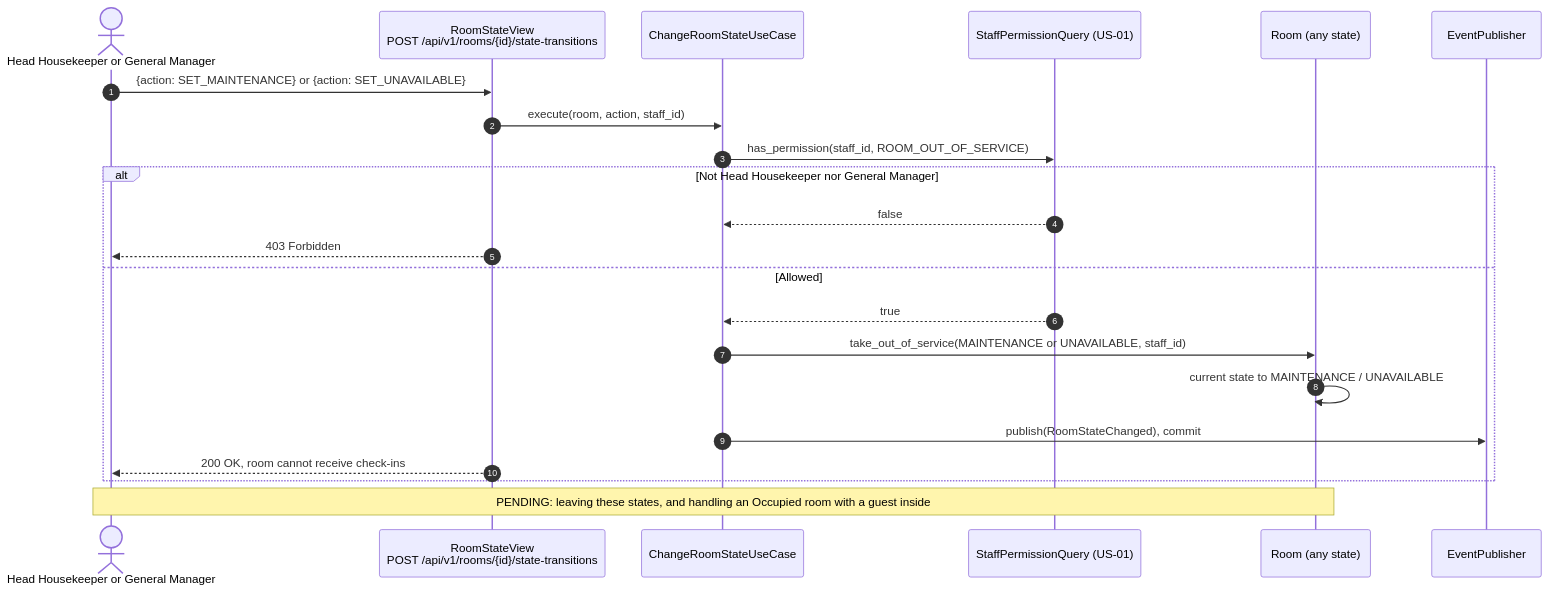
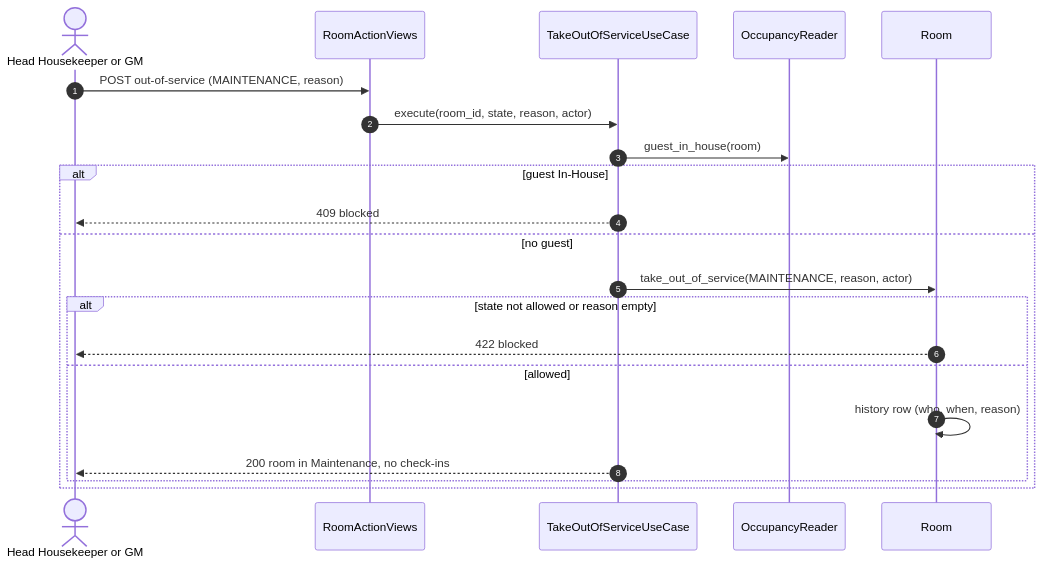
Before and after one commit to BraceroInSabot/Motel-Starmie: the fourth of 4 diagrams in docs/Initial Requirements/Diagrams/US-19 - Room State Machine and Cleaning Verification.md, drawn with Mermaid. The commit also changed other lines of this file and 51 other files, not shown here.

````diff
--- a/docs/Initial Requirements/Diagrams/US-19 - Room State Machine and Cleaning Verification.md
+++ b/docs/Initial Requirements/Diagrams/US-19 - Room State Machine and Cleaning Verification.md
@@ -361,25 +202,24 @@
 ```mermaid
 sequenceDiagram
     autonumber
-    actor Who as Head Housekeeper or General Manager
-    participant View as RoomStateView<br/>POST /api/v1/rooms/{id}/state-transitions
-    participant UC as ChangeRoomStateUseCase
-    participant Perm as StaffPermissionQuery (US-01)
-    participant Room as Room (any state)
-    participant Bus as EventPublisher
+    actor HH as Head Housekeeper or GM
+    participant View as RoomActionViews
+    participant UC as TakeOutOfServiceUseCase
+    participant Occ as OccupancyReader
+    participant Room
 
-    Who->>View: {action: SET_MAINTENANCE} or {action: SET_UNAVAILABLE}
-    View->>UC: execute(room, action, staff_id)
-    UC->>Perm: has_permission(staff_id, ROOM_OUT_OF_SERVICE)
-    alt Not Head Housekeeper nor General Manager
-        Perm-->>UC: false
-        View-->>Who: 403 Forbidden
-    else Allowed
-        Perm-->>UC: true
-        UC->>Room: take_out_of_service(MAINTENANCE or UNAVAILABLE, staff_id)
-        Room->>Room: current state to MAINTENANCE / UNAVAILABLE
-        UC->>Bus: publish(RoomStateChanged), commit
-        View-->>Who: 200 OK, room cannot receive check-ins
+    HH->>View: POST out-of-service (MAINTENANCE, reason)
+    View->>UC: execute(room_id, state, reason, actor)
+    UC->>Occ: guest_in_house(room)
+    alt guest In-House
+        UC-->>HH: 409 blocked
+    else no guest
+        UC->>Room: take_out_of_service(MAINTENANCE, reason, actor)
+        alt state not allowed or reason empty
+            Room-->>HH: 422 blocked
+        else allowed
+            Room->>Room: history row (who, when, reason)
+            UC-->>HH: 200 room in Maintenance, no check-ins
+        end
     end
-    Note over Who,Room: PENDING: leaving these states, and handling an Occupied room with a guest inside
 ```
````
